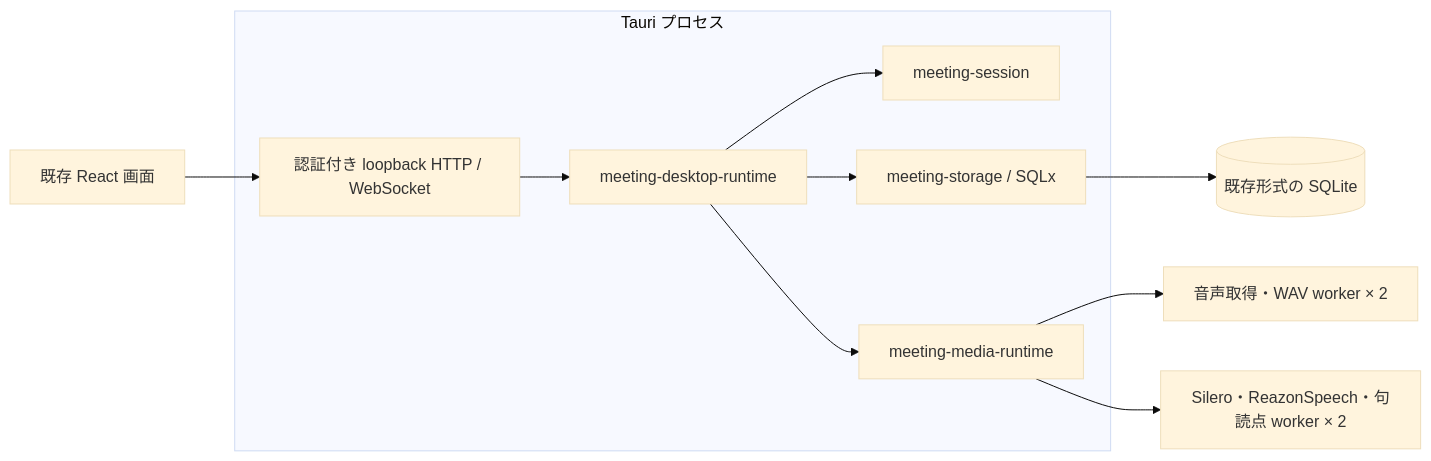
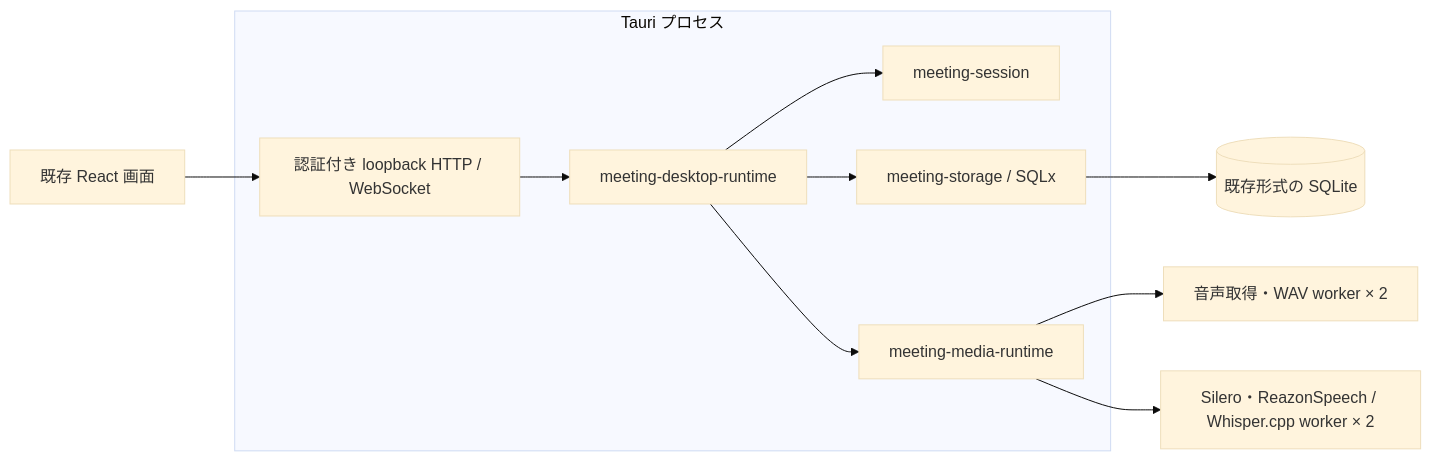
One commit to ouvill/meeting-supporter changed the diagram in doc/development/rust-desktop-backend.md. Above: the diagram before and after it, drawn with Mermaid (base theme). The commit also changed other lines of this file and 42 other files, not shown here.

First line of the commit message:
feat(speech): integrate whisper.cpp with GPU-aware device selection

````diff
--- a/doc/development/rust-desktop-backend.md
+++ b/doc/development/rust-desktop-backend.md
@@ -7,13 +7,13 @@
 ```mermaid
 flowchart LR
   UI[既存 React 画面] --> API[認証付き loopback HTTP / WebSocket]
   subgraph Tauri[Tauri プロセス]
     API --> Runtime[meeting-desktop-runtime]
     Runtime --> Session[meeting-session]
     Runtime --> Storage[meeting-storage / SQLx]
     Runtime --> Media[meeting-media-runtime]
   end
   Media --> Capture[音声取得・WAV worker × 2]
-  Media --> Speech[Silero・ReazonSpeech・句読点 worker × 2]
+  Media --> Speech[Silero・ReazonSpeech / Whisper.cpp worker × 2]
   Storage --> DB[(既存形式の SQLite)]
 ```
````
